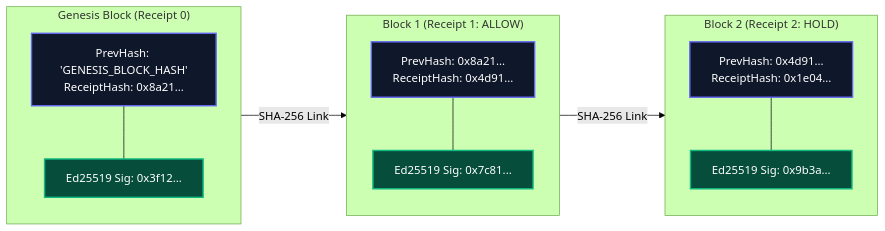
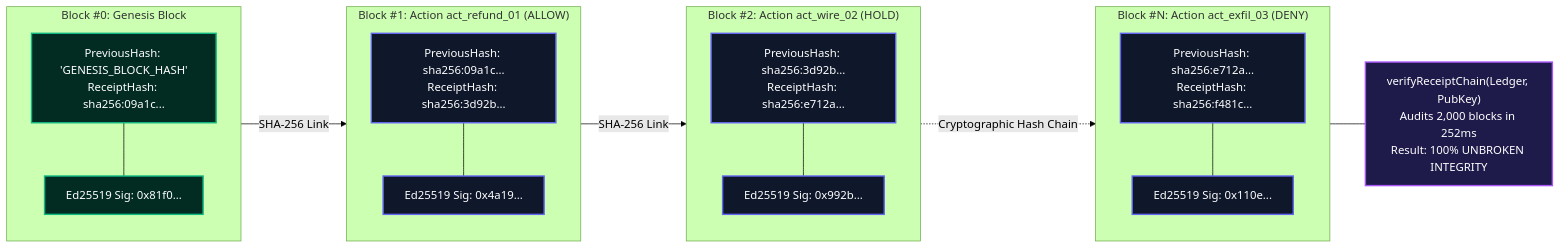
Before and after one commit to SwaRaaaj/CHRONICLE: the fifth of 6 diagrams in README.md, drawn with Mermaid (forest theme). The commit also changed other lines of this file, not shown here.

Commit message:
docs: master architecture specification and god diagrams by Swaraj

````diff
--- a/README.md
+++ b/README.md
@@ -288,26 +530,37 @@
 ```mermaid
 graph LR
+    classDef genesis fill:#022c22,stroke:#10b981,stroke-width:2px,color:#fff;
     classDef block fill:#0f172a,stroke:#6366f1,stroke-width:2px,color:#fff;
-    classDef sig fill:#064e3b,stroke:#10b981,stroke-width:2px,color:#fff;
+    classDef verify fill:#1e1b4b,stroke:#a855f7,stroke-width:2px,color:#fff;
 
-    subgraph Block0 ["Genesis Block (Receipt 0)"]
-        H0["PrevHash: 'GENESIS_BLOCK_HASH'<br/>ReceiptHash: 0x8a21..."]:::block
-        S0["Ed25519 Sig: 0x3f12..."]:::sig
-        H0 --- S0
+    subgraph Block0 ["Block #0: Genesis Block"]
+        B0_H["PreviousHash: 'GENESIS_BLOCK_HASH'<br/>ReceiptHash: sha256:09a1c..."]:::genesis
+        B0_S["Ed25519 Sig: 0x81f0..."]:::genesis
+        B0_H --- B0_S
     end
 
-    subgraph Block1 ["Block 1 (Receipt 1: ALLOW)"]
-        H1["PrevHash: 0x8a21...<br/>ReceiptHash: 0x4d91..."]:::block
-        S1["Ed25519 Sig: 0x7c81..."]:::sig
-        H1 --- S1
+    subgraph Block1 ["Block #1: Action act_refund_01 (ALLOW)"]
+        B1_H["PreviousHash: sha256:09a1c...<br/>ReceiptHash: sha256:3d92b..."]:::block
+        B1_S["Ed25519 Sig: 0x4a19..."]:::block
+        B1_H --- B1_S
     end
 
-    subgraph Block2 ["Block 2 (Receipt 2: HOLD)"]
-        H2["PrevHash: 0x4d91...<br/>ReceiptHash: 0x1e04..."]:::block
-        S2["Ed25519 Sig: 0x9b3a..."]:::sig
-        H2 --- S2
+    subgraph Block2 ["Block #2: Action act_wire_02 (HOLD)"]
+        B2_H["PreviousHash: sha256:3d92b...<br/>ReceiptHash: sha256:e712a..."]:::block
+        B2_S["Ed25519 Sig: 0x992b..."]:::block
+        B2_H --- B2_S
+    end
+
+    subgraph BlockN ["Block #N: Action act_exfil_03 (DENY)"]
+        BN_H["PreviousHash: sha256:e712a...<br/>ReceiptHash: sha256:f481c..."]:::block
+        BN_S["Ed25519 Sig: 0x110e..."]:::block
+        BN_H --- BN_S
     end
 
     Block0 -->|SHA-256 Link| Block1
     Block1 -->|SHA-256 Link| Block2
+    Block2 -.->|Cryptographic Hash Chain| BlockN
+
+    AUDIT["verifyReceiptChain(Ledger, PubKey)<br/>Audits 2,000 blocks in 252ms<br/>Result: 100% UNBROKEN INTEGRITY"]:::verify
+    BlockN --- AUDIT
 ```
````
